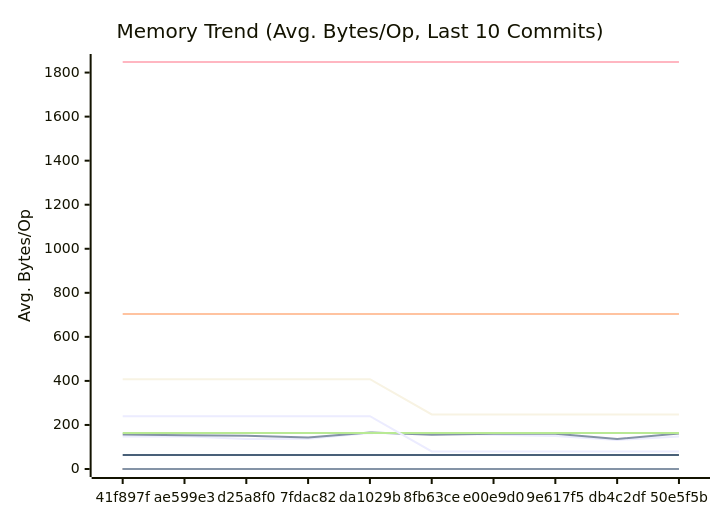
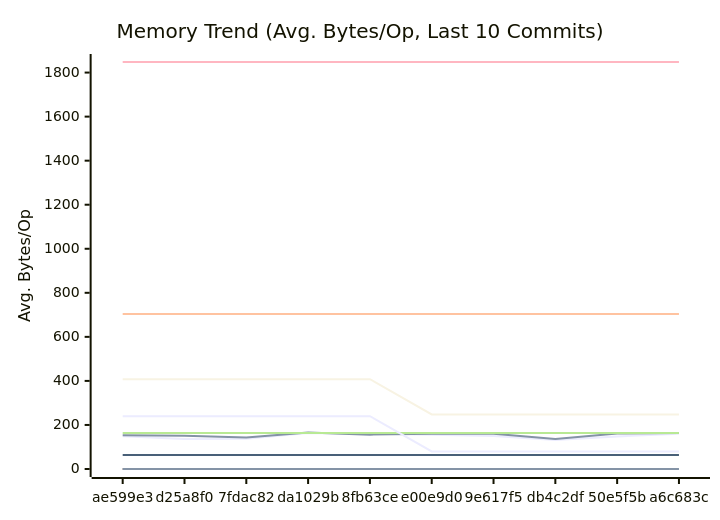
The second of 3 diagrams in docs/PERFORMANCE.md (alsotoes/momo), drawn with Mermaid before and after one commit. The commit also changed other lines of this file and 3 other files, not shown here.

````diff
--- a/docs/PERFORMANCE.md
+++ b/docs/PERFORMANCE.md
@@ -171,20 +171,20 @@
 ```mermaid
 xychart-beta
     title "Memory Trend (Avg. Bytes/Op, Last 10 Commits)"
     x-axis "Commit"
     y-axis "Avg. Bytes/Op"
-    x-axis [41f897f,ae599e3,d25a8f0,7fdac82,da1029b,8fb63ce,e00e9d0,9e617f5,db4c2df,50e5f5b]
-    line "AWSChunkedReaderSigned" [148,149,136,137,163,160,155,150,132,148]
-    line "AWSChunkedReaderUnsigned" [157,153,151,143,166,156,160,160,136,161]
+    x-axis [ae599e3,d25a8f0,7fdac82,da1029b,8fb63ce,e00e9d0,9e617f5,db4c2df,50e5f5b,a6c683c]
+    line "AWSChunkedReaderSigned" [149,136,137,163,160,155,150,132,148,160]
+    line "AWSChunkedReaderUnsigned" [153,151,143,166,156,160,160,136,161,163]
     line "CheckMetricsAndSwap" [0,0,0,0,0,0,0,0,0,0]
     line "CrushOptimized" [0,0,0,0,0,0,0,0,0,0]
     line "CrushOriginal" [164,164,164,164,164,164,164,164,164,164]
     line "IndexDirectTracking" [0,0,0,0,0,0,0,0,0,0]
     line "IndexSearch" [0,0,0,0,0,0,0,0,0,0]
     line "LoadGlobalConfig" [1848,1848,1848,1848,1848,1848,1848,1848,1848,1848]
     line "PadString" [64,64,64,64,64,64,64,64,64,64]
     line "ParseReplicationOrder_NoPrealloc" [408,408,408,408,408,248,248,248,248,248]
     line "ParseReplicationOrder_Prealloc" [240,240,240,240,240,80,80,80,80,80]
     line "SanitizeLog/Safe" [0,0,0,0,0,0,0,0,0,0]
     line "SanitizeLog/Unsafe" [704,704,704,704,704,704,704,704,704,704]
 ```
````
